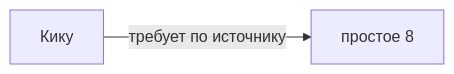
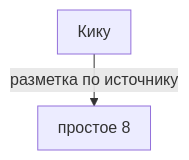
Before and after one commit to newYurk/temari: the first of 2 diagrams in Temari-Obsidian/02 Узоры/Кику.md, drawn with Mermaid. The commit also changed other lines of this file and 61 other files, not shown here.

Commit message:
fix(vault): show readable craft relationships and distinct graph nodes

````diff
--- a/Temari-Obsidian/02 Узоры/Кику.md
+++ b/Temari-Obsidian/02 Узоры/Кику.md
@@ -39,6 +20,8 @@
 ```mermaid
-flowchart LR
+%%{init: {"flowchart":{"nodeSpacing":16,"rankSpacing":28,"curve":"linear","padding":10},"themeVariables":{"fontSize":"16px"}}}%%
+flowchart TB
   M["Кику"]
   D0["простое 8"]
-  M -->|требует по источнику| D0
+  M -->|разметка по источнику| D0
+  class M,D0 internal-link;
 ```
````
